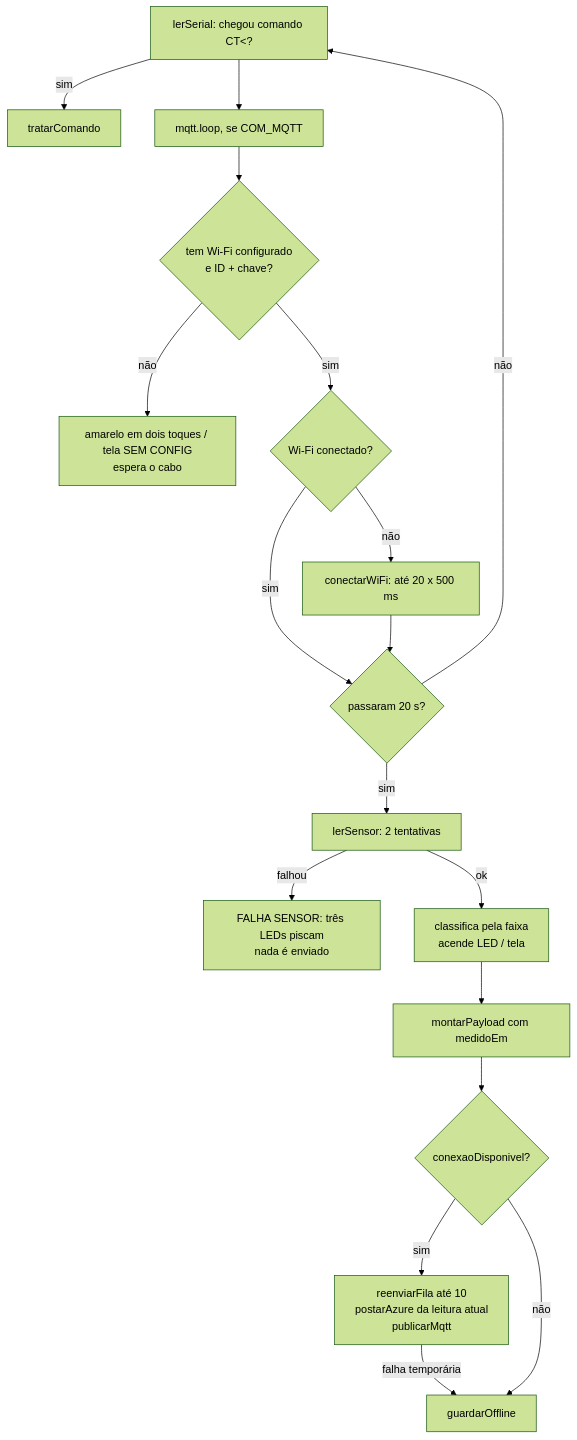
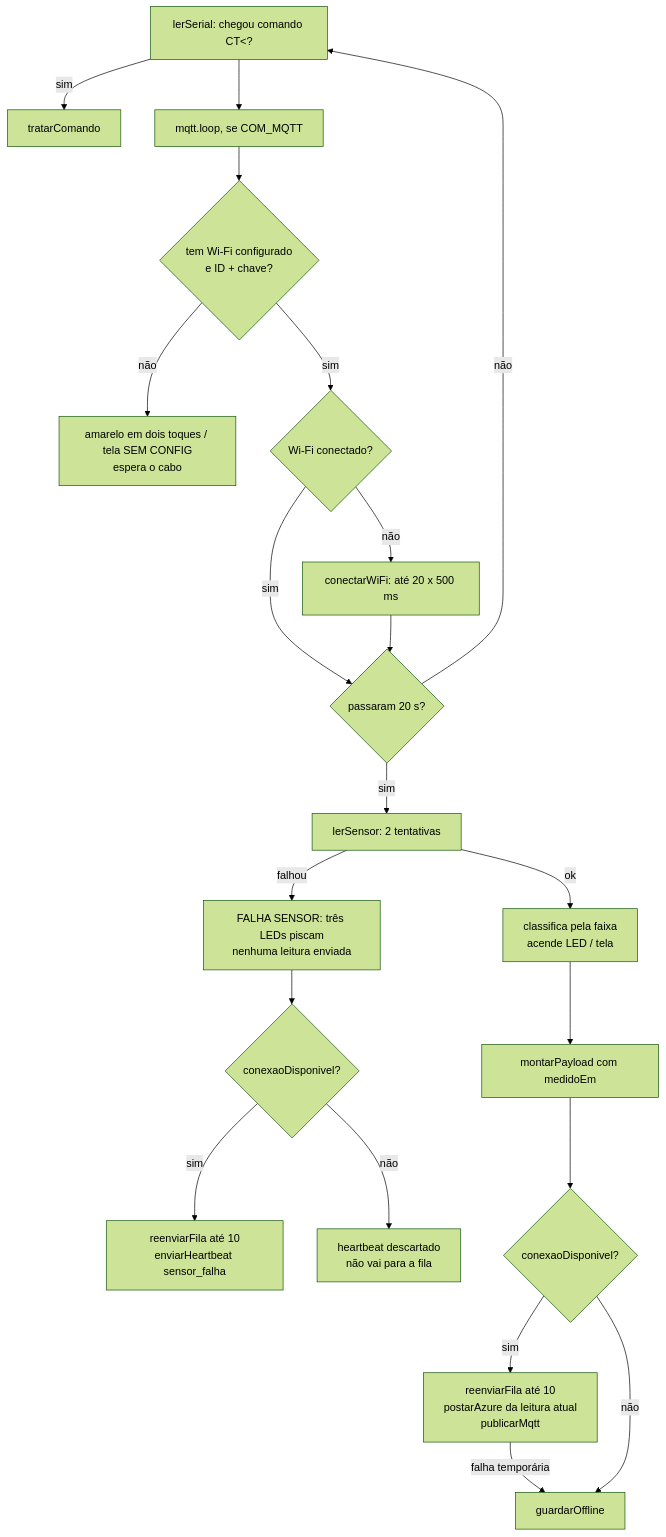
Before and after one commit to mbalbuquerque/projeto-integrador-4-periodo: the second of 4 diagrams in docs/como-funciona.md, drawn with Mermaid (forest theme). The commit also changed other lines of this file and 9 other files, not shown here.

First line of the commit message:
feat: device heartbeat when the sensor fails (#35)

````diff
--- a/docs/como-funciona.md
+++ b/docs/como-funciona.md
@@ -165,20 +165,23 @@
 ```mermaid
 flowchart TD
     A[lerSerial: chegou comando CT&lt;?] -->|sim| B[tratarComando]
     A --> M[mqtt.loop, se COM_MQTT]
     M --> C{tem Wi-Fi configurado<br/>e ID + chave?}
     C -->|não| D[amarelo em dois toques / tela SEM CONFIG<br/>espera o cabo]
     C -->|sim| E{Wi-Fi conectado?}
     E -->|não| F[conectarWiFi: até 20 x 500 ms]
     E -->|sim| G
     F --> G{passaram 20 s?}
     G -->|não| A
     G -->|sim| H[lerSensor: 2 tentativas]
-    H -->|falhou| I[FALHA SENSOR: três LEDs piscam<br/>nada é enviado]
+    H -->|falhou| I[FALHA SENSOR: três LEDs piscam<br/>nenhuma leitura enviada]
+    I --> P{conexaoDisponivel?}
+    P -->|sim| Q[reenviarFila até 10<br/>enviarHeartbeat sensor_falha]
+    P -->|não| R[heartbeat descartado<br/>não vai para a fila]
     H -->|ok| J[classifica pela faixa<br/>acende LED / tela]
     J --> K[montarPayload com medidoEm]
     K --> L{conexaoDisponivel?}
     L -->|sim| N[reenviarFila até 10<br/>postarAzure da leitura atual<br/>publicarMqtt]
     N -->|falha temporária| O[guardarOffline]
     L -->|não| O
 ```
````
